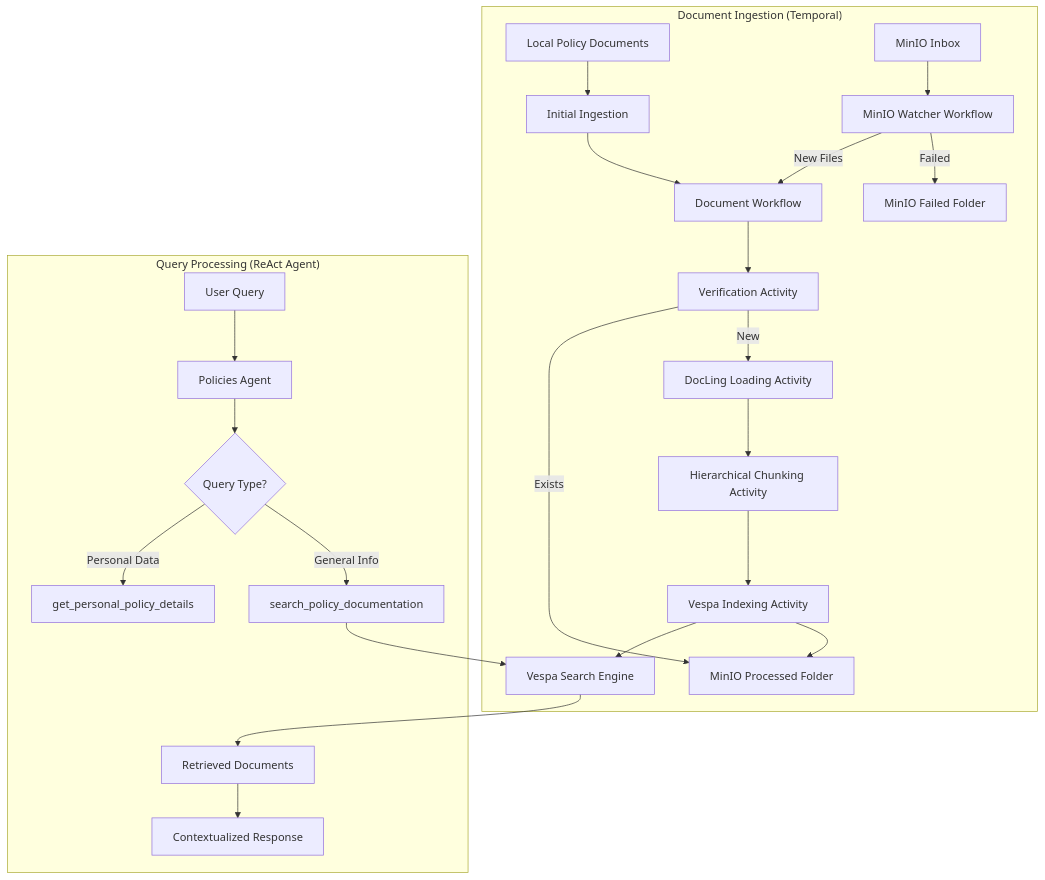
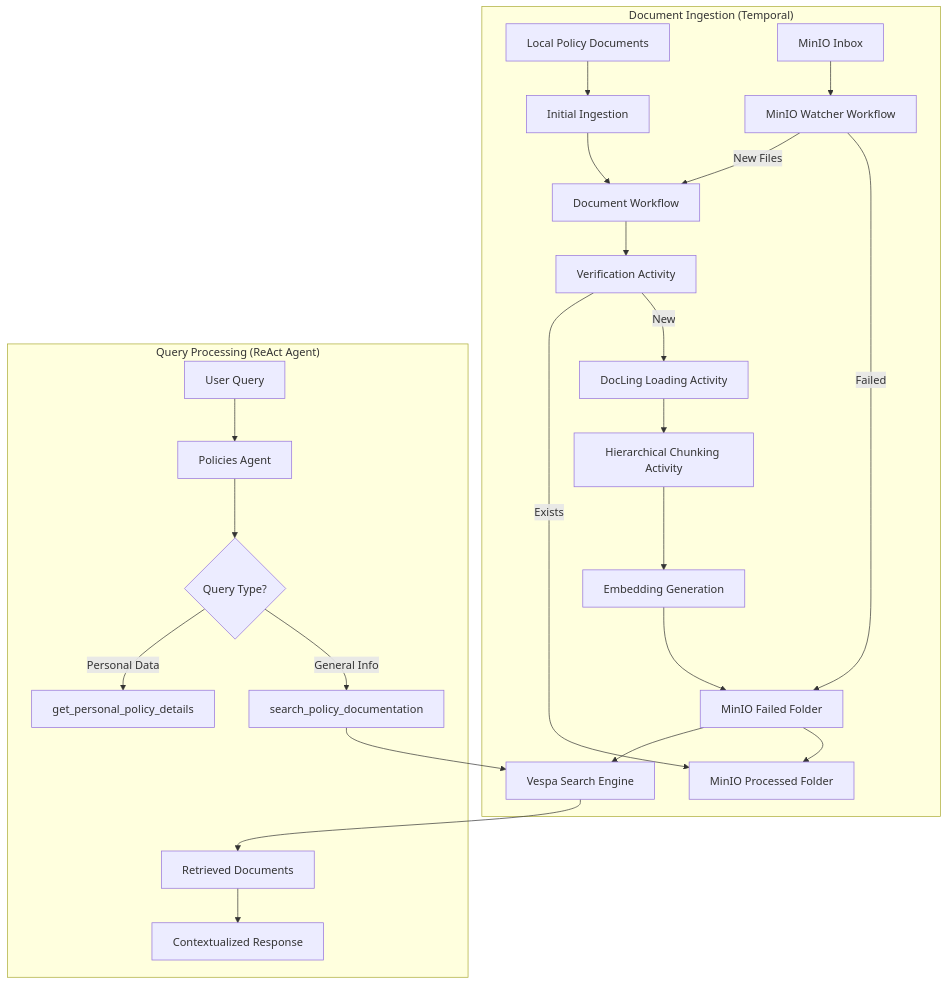
The diagram in docs/ingestion-pipeline.md (eggai-tech/eggai-demo), drawn with Mermaid before and after one commit. The commit also changed other lines of this file and 1 other file, not shown here.

First line of the commit message:
Clarify embedding generation in RAG documentation

````diff
--- a/docs/ingestion-pipeline.md
+++ b/docs/ingestion-pipeline.md
@@ -15,30 +15,31 @@
 ```mermaid
 graph TB
     subgraph "Document Ingestion (Temporal)"
         A[Local Policy Documents] --> B[Initial Ingestion]
         B --> E[Document Workflow]
         
         C[MinIO Inbox] --> D[MinIO Watcher Workflow]
         D -->|New Files| E
         
         E --> F[Verification Activity]
         F -->|Exists| K[MinIO Processed Folder]
-        F -->|New| G[DocLing Loading Activity] 
+        F -->|New| G[DocLing Loading Activity]
         G --> H[Hierarchical Chunking Activity]
-        H --> I[Vespa Indexing Activity]
-        I --> J[Vespa Search Engine]
-        I --> K
+        H --> I[Embedding Generation]
+        I --> L[Vespa Indexing Activity]
+        L --> J[Vespa Search Engine]
+        L --> K
         
         D -->|Failed| L[MinIO Failed Folder]
     end
     
     subgraph "Query Processing (ReAct Agent)"
         M[User Query] --> N[Policies Agent]
         N --> O{Query Type?}
         O -->|Personal Data| P[get_personal_policy_details]
         O -->|General Info| Q[search_policy_documentation]
         Q --> J
         J --> R[Retrieved Documents]
         R --> S[Contextualized Response]
     end
 ```
````
